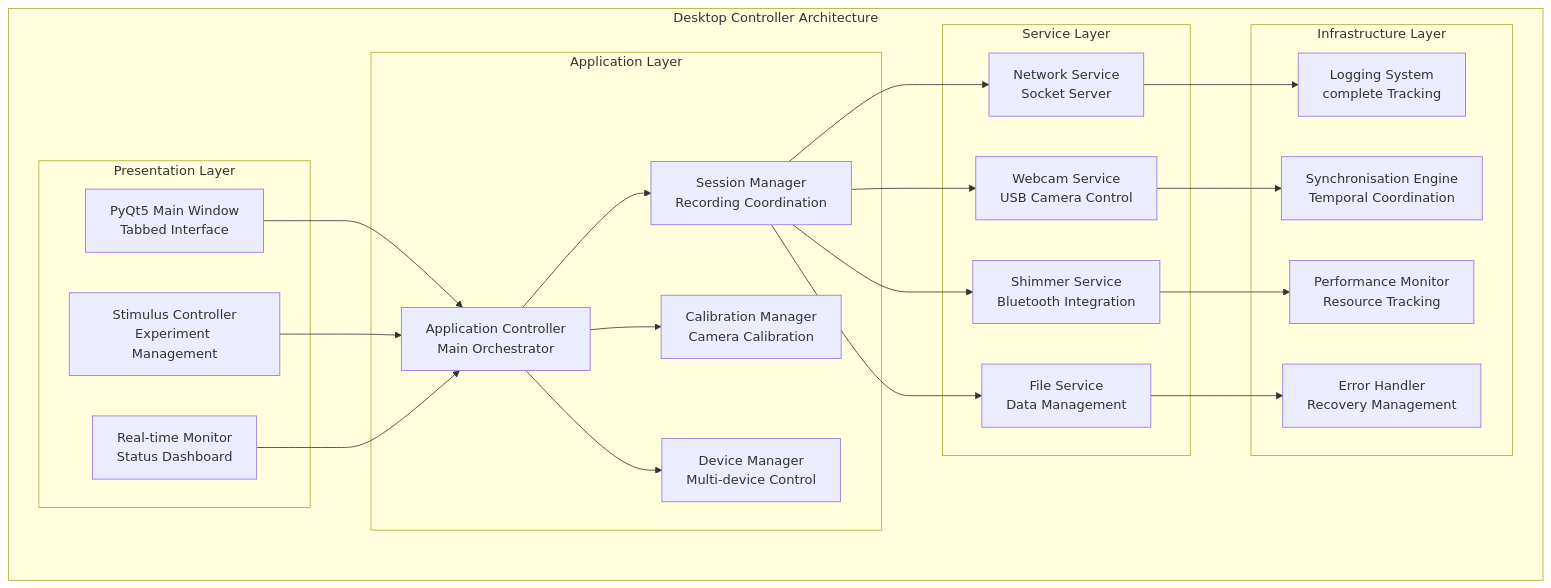
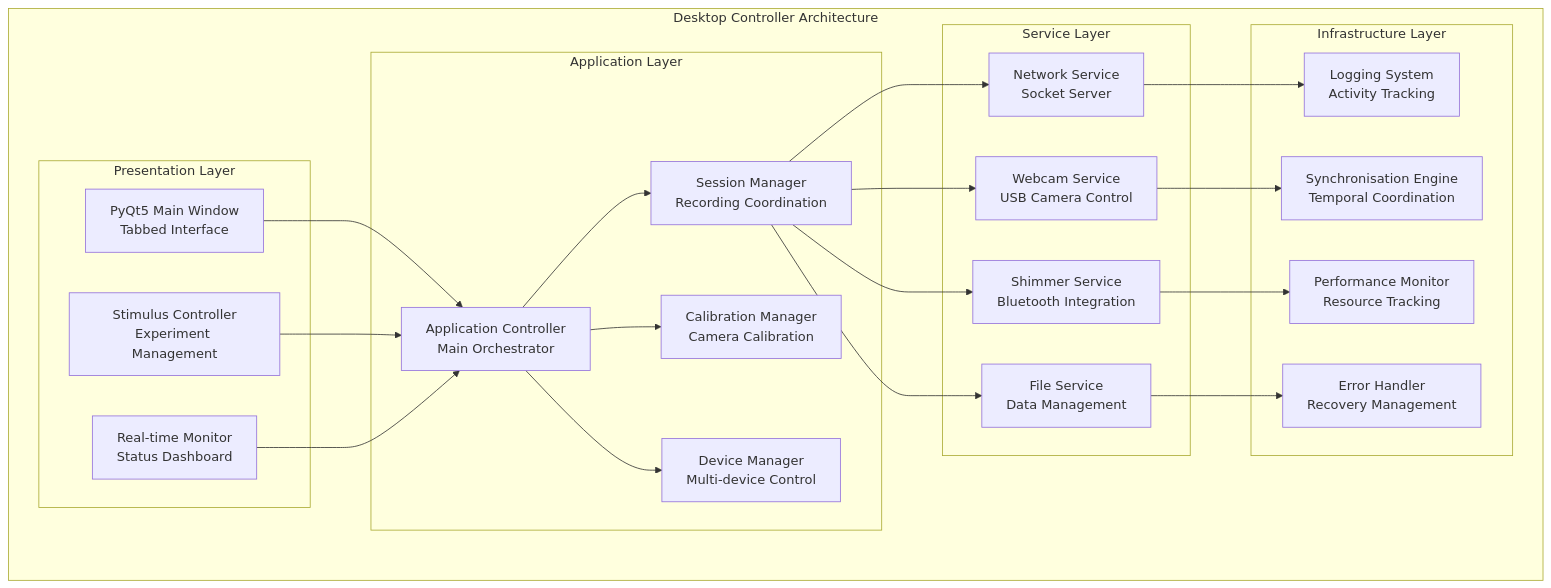
One commit to buccancs/fyp-multi-sensor-recording-system changed the first of 11 diagrams in PythonApp/README.md. Above: the diagram before and after it, drawn with Mermaid. The commit also changed other lines of this file and 2 other files, not shown here.

````diff
--- a/PythonApp/README.md
+++ b/PythonApp/README.md
@@ -72,49 +72,49 @@
 ```mermaid
 graph TB
     subgraph "Desktop Controller Architecture"
         subgraph "Presentation Layer"
             GUI[PyQt5 Main Window<br/>Tabbed Interface]
             STIM[Stimulus Controller<br/>Experiment Management]
             MON[Real-time Monitor<br/>Status Dashboard]
         end
         
         subgraph "Application Layer"
             APP[Application Controller<br/>Main Orchestrator]
             SM[Session Manager<br/>Recording Coordination]
             CM[Calibration Manager<br/>Camera Calibration]
             DM[Device Manager<br/>Multi-device Control]
         end
         
         subgraph "Service Layer"
             NET[Network Service<br/>Socket Server]
             WEB[Webcam Service<br/>USB Camera Control]
             SHIM[Shimmer Service<br/>Bluetooth Integration]
             FILE[File Service<br/>Data Management]
         end
         
         subgraph "Infrastructure Layer"
-            LOG[Logging System<br/>complete Tracking]
+            LOG[Logging System<br/>Activity Tracking]
             SYNC[Synchronisation Engine<br/>Temporal Coordination]
             PERF[Performance Monitor<br/>Resource Tracking]
             ERR[Error Handler<br/>Recovery Management]
         end
         
         GUI --> APP
         STIM --> APP
         MON --> APP
         
         APP --> SM
         APP --> CM
         APP --> DM
         
         SM --> NET
         SM --> WEB
         SM --> SHIM
         SM --> FILE
         
         NET --> LOG
         WEB --> SYNC
         SHIM --> PERF
         FILE --> ERR
     end
 ```
````
